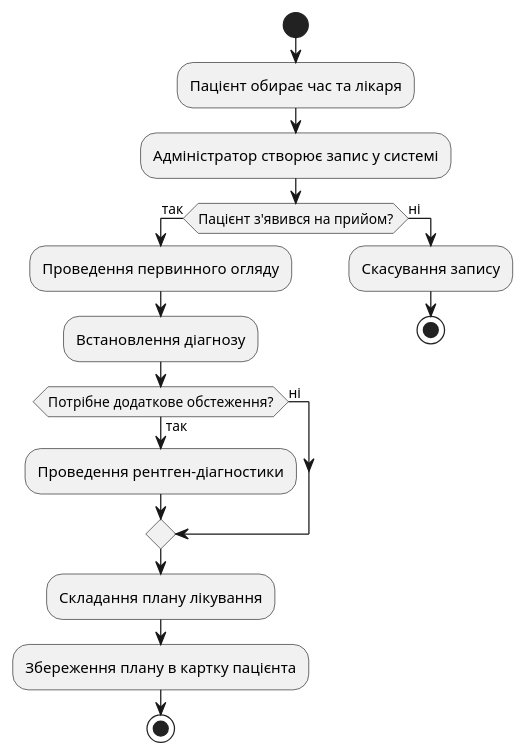
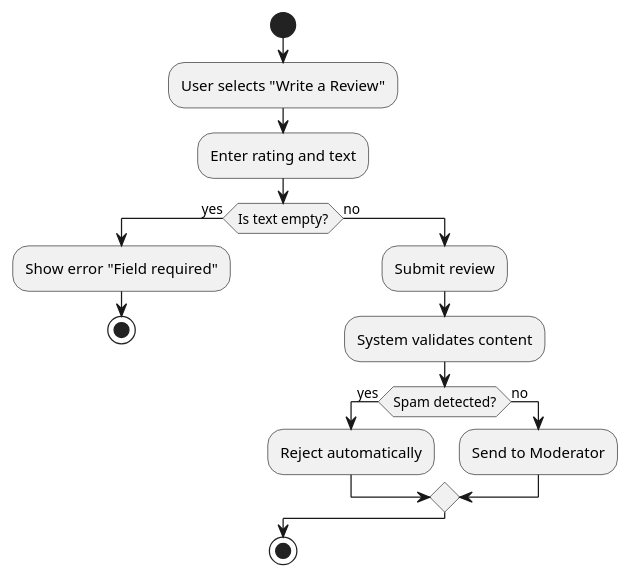
The diagram in uml/activity_diagram.puml (Denysko8/iot_dpz), drawn with PlantUML before and after one commit. The commit also changed 4 other files, not shown here.

```diff
--- a/uml/activity_diagram.puml
+++ b/uml/activity_diagram.puml
@@ -1,24 +1,18 @@
 @startuml
 start
-
-:Пацієнт обирає час та лікаря;
-:Адміністратор створює запис у системі;
-
-if (Пацієнт з'явився на прийом?) then (так)
-  :Проведення первинного огляду;
-  :Встановлення діагнозу;
-  
-  if (Потрібне додаткове обстеження?) then (так)
-    :Проведення рентген-діагностики;
-  else (ні)
+:User selects "Write a Review";
+:Enter rating and text;
+if (Is text empty?) then (yes)
+  :Show error "Field required";
+  stop
+else (no)
+  :Submit review;
+  :System validates content;
+  if (Spam detected?) then (yes)
+    :Reject automatically;
+  else (no)
+    :Send to Moderator;
   endif
-
-  :Складання плану лікування;
-  :Збереження плану в картку пацієнта;
-  stop
-else (ні)
-  :Скасування запису;
-  stop
 endif
-
-@endum
+stop
+@enduml
```
